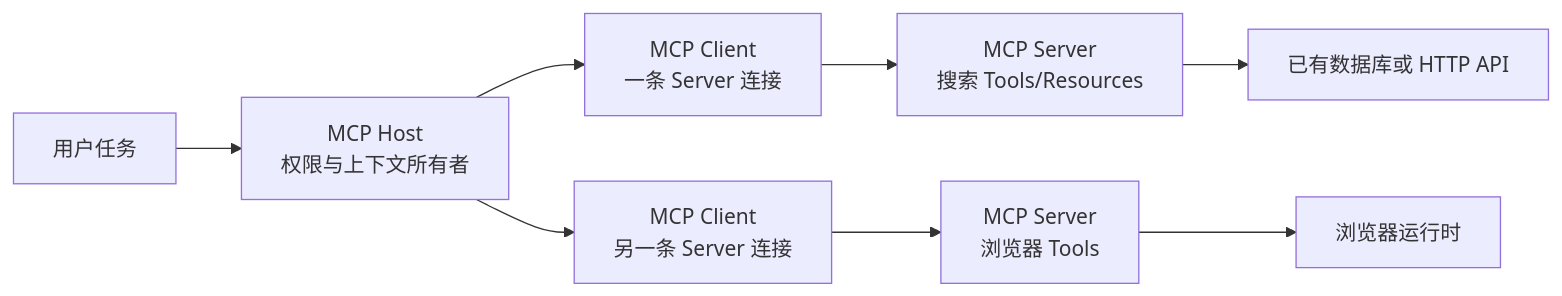
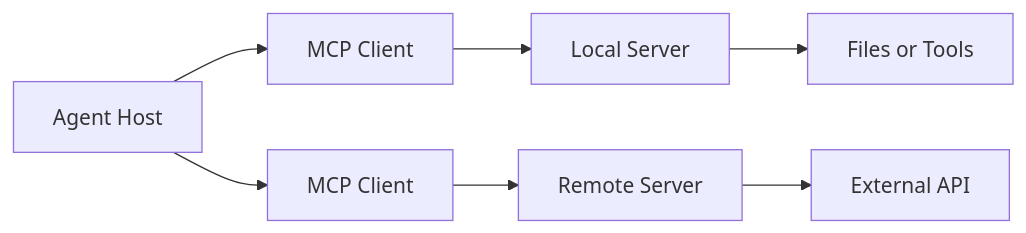
Before and after one commit to upJiang/jiang-blog-vitepress: the diagram in docs/ai-agent/mcp-foundations-boundaries.md, drawn with Mermaid. The commit also changed other lines of this file and 116 other files, not shown here.

````diff
--- a/docs/ai-agent/mcp-foundations-boundaries.md
+++ b/docs/ai-agent/mcp-foundations-boundaries.md
@@ -58,10 +28,9 @@
 ```mermaid
 flowchart LR
-  U[用户任务] --> H[MCP Host<br/>权限与上下文所有者]
-  H --> C1[MCP Client<br/>一条 Server 连接]
-  H --> C2[MCP Client<br/>另一条 Server 连接]
-  C1 --> S1[MCP Server<br/>搜索 Tools/Resources]
-  C2 --> S2[MCP Server<br/>浏览器 Tools]
-  S1 --> D[已有数据库或 HTTP API]
-  S2 --> B[浏览器运行时]
+  H[Agent Host] --> C1[MCP Client]
+  H --> C2[MCP Client]
+  C1 --> S1[Local Server]
+  C2 --> S2[Remote Server]
+  S1 --> F[Files or Tools]
+  S2 --> A[External API]
 ```
````
